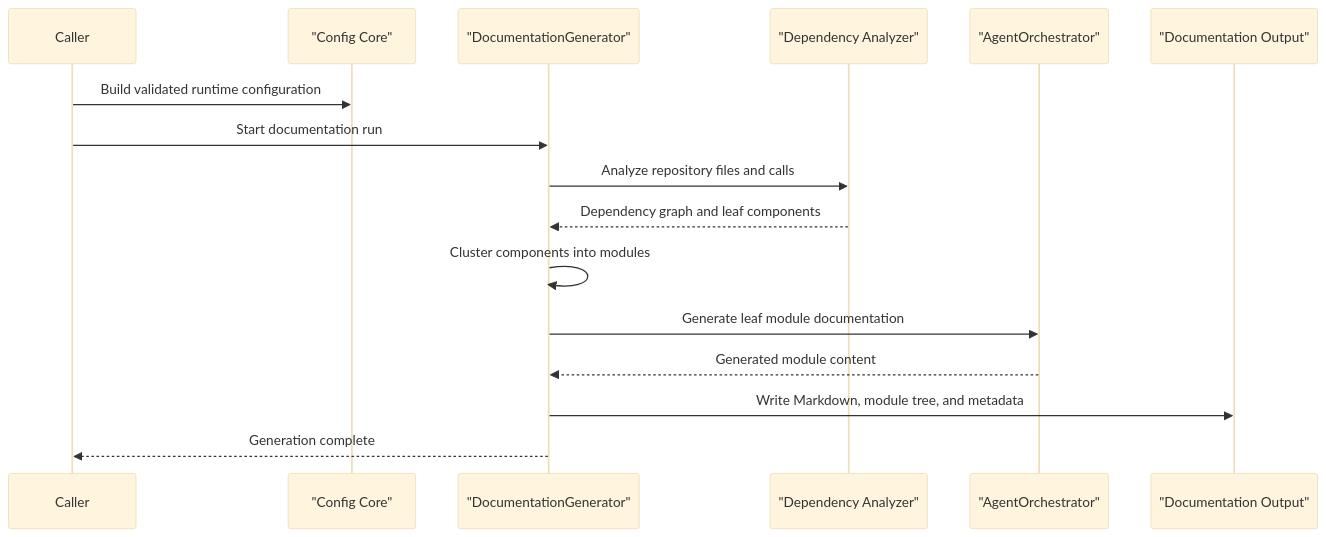
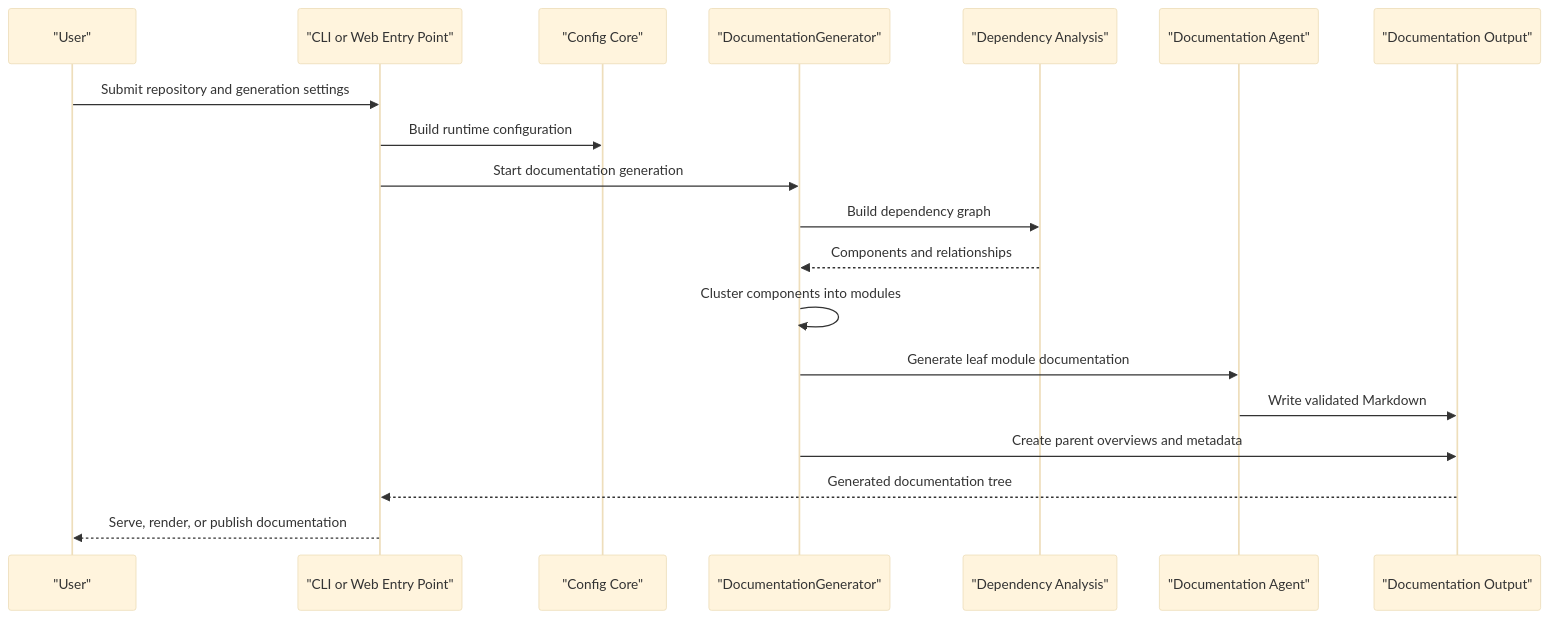
Before and after one commit to flamingo-stack/CodeWiki: the second of 3 diagrams in docs/reference/architecture/README.md, drawn with Mermaid (base theme). The commit also changed other lines of this file and 275 other files, not shown here.

````diff
--- a/docs/reference/architecture/README.md
+++ b/docs/reference/architecture/README.md
@@ -46,19 +40,22 @@
 ```mermaid
 sequenceDiagram
-    participant Caller
+    participant User as "User"
+    participant Entry as "CLI or Web Entry Point"
     participant Config as "Config Core"
-    participant Generator as "DocumentationGenerator"
-    participant Analyzer as "Dependency Analyzer"
-    participant Agents as "AgentOrchestrator"
+    participant Backend as "DocumentationGenerator"
+    participant Analysis as "Dependency Analysis"
+    participant Agent as "Documentation Agent"
     participant Output as "Documentation Output"
 
-    Caller->>Config: Build validated runtime configuration
-    Caller->>Generator: Start documentation run
-    Generator->>Analyzer: Analyze repository files and calls
-    Analyzer-->>Generator: Dependency graph and leaf components
-    Generator->>Generator: Cluster components into modules
-    Generator->>Agents: Generate leaf module documentation
-    Agents-->>Generator: Generated module content
-    Generator->>Output: Write Markdown, module tree, and metadata
-    Generator-->>Caller: Generation complete
+    User->>Entry: Submit repository and generation settings
+    Entry->>Config: Build runtime configuration
+    Entry->>Backend: Start documentation generation
+    Backend->>Analysis: Build dependency graph
+    Analysis-->>Backend: Components and relationships
+    Backend->>Backend: Cluster components into modules
+    Backend->>Agent: Generate leaf module documentation
+    Agent->>Output: Write validated Markdown
+    Backend->>Output: Create parent overviews and metadata
+    Output-->>Entry: Generated documentation tree
+    Entry-->>User: Serve, render, or publish documentation
 ```
````
